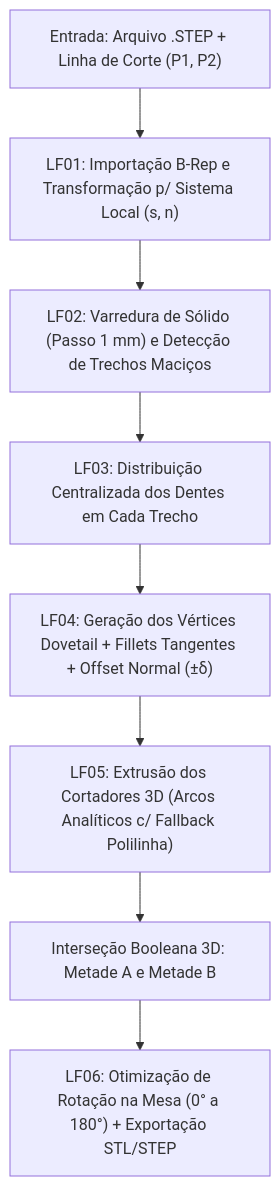
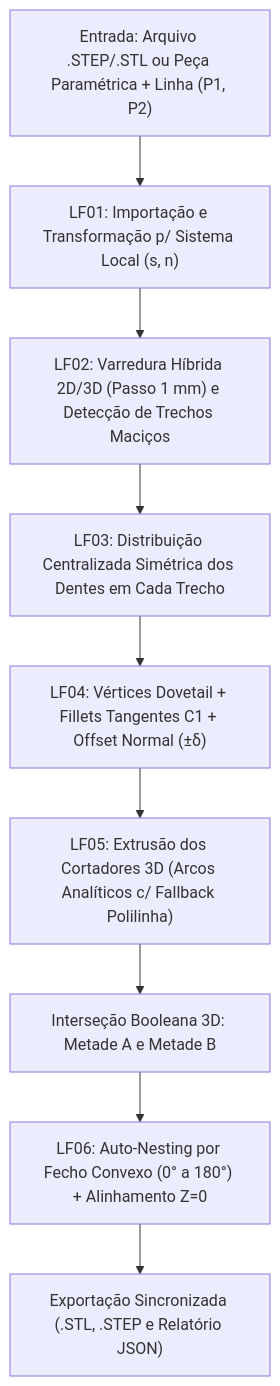
One commit to kurachix/SnapTail3D changed the diagram in Documentacao_Software_Corte_3D.md. Above: the diagram before and after it, drawn with Mermaid. The commit also changed other lines of this file and 29 other files, not shown here.

````diff
--- a/Documentacao_Software_Corte_3D.md
+++ b/Documentacao_Software_Corte_3D.md
@@ -76,10 +86,11 @@
 ```mermaid
 flowchart TD
-    A["Entrada: Arquivo .STEP + Linha de Corte (P1, P2)"] --> B["LF01: Importação B-Rep e Transformação p/ Sistema Local (s, n)"]
-    B --> C["LF02: Varredura de Sólido (Passo 1 mm) e Detecção de Trechos Maciços"]
-    C --> D["LF03: Distribuição Centralizada dos Dentes em Cada Trecho"]
-    D --> E["LF04: Geração dos Vértices Dovetail + Fillets Tangentes + Offset Normal (±δ)"]
+    A["Entrada: Arquivo .STEP/.STL ou Peça Paramétrica + Linha (P1, P2)"] --> B["LF01: Importação e Transformação p/ Sistema Local (s, n)"]
+    B --> C["LF02: Varredura Híbrida 2D/3D (Passo 1 mm) e Detecção de Trechos Maciços"]
+    C --> D["LF03: Distribuição Centralizada Simétrica dos Dentes em Cada Trecho"]
+    D --> E["LF04: Vértices Dovetail + Fillets Tangentes C1 + Offset Normal (±δ)"]
     E --> F["LF05: Extrusão dos Cortadores 3D (Arcos Analíticos c/ Fallback Polilinha)"]
     F --> G["Interseção Booleana 3D: Metade A e Metade B"]
-    G --> H["LF06: Otimização de Rotação na Mesa (0° a 180°) + Exportação STL/STEP"]
+    G --> H["LF06: Auto-Nesting por Fecho Convexo (0° a 180°) + Alinhamento Z=0"]
+    H --> I["Exportação Sincronizada (.STL, .STEP e Relatório JSON)"]
 ```
````
